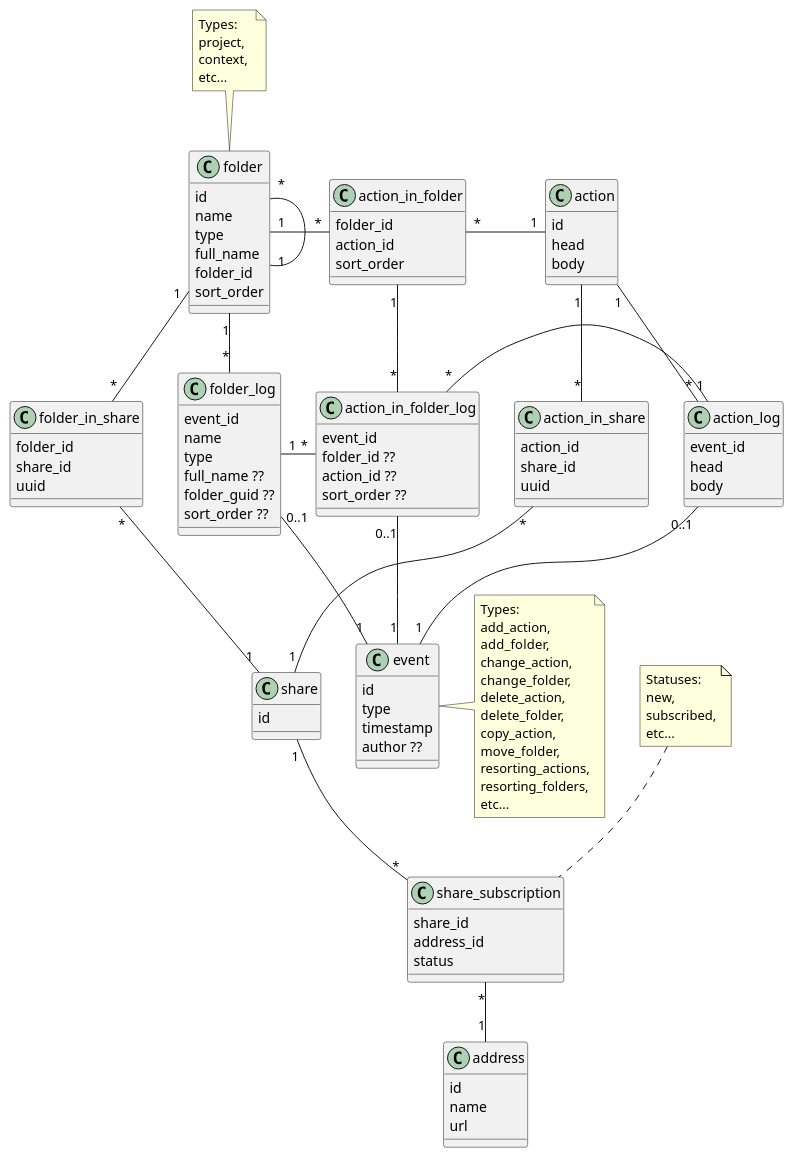
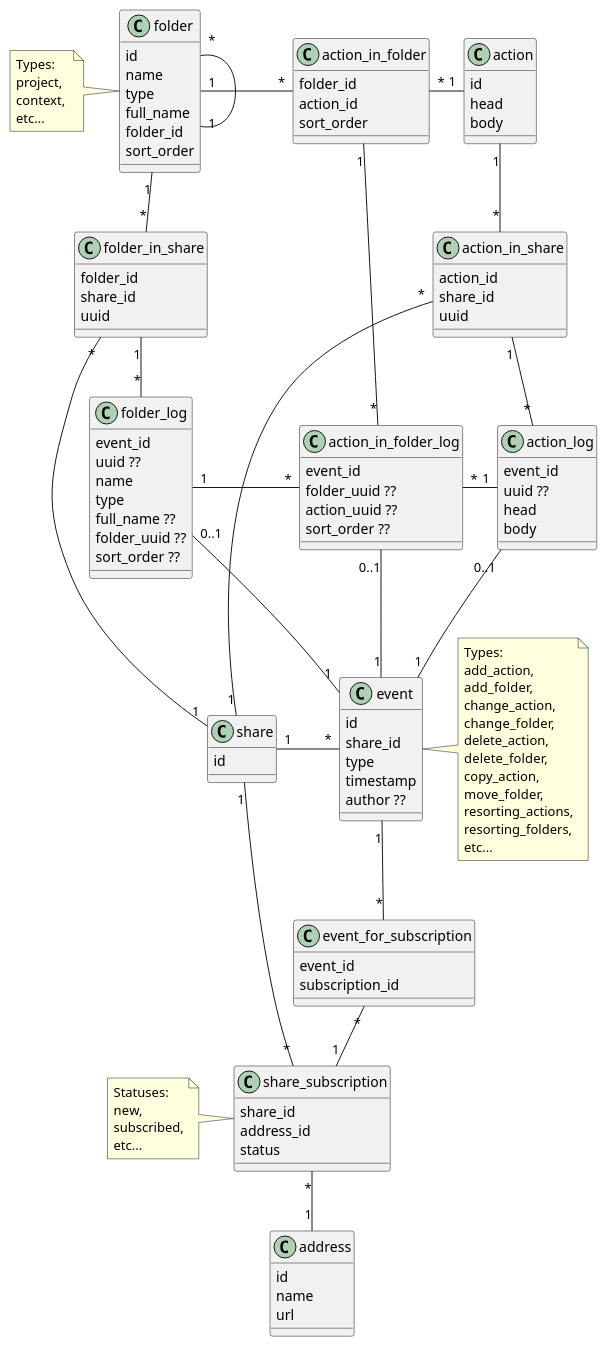
One commit to gelin/agile-notes changed the diagram in docs/data-model.iuml. Above: the diagram before and after it, drawn with PlantUML.

Commit message:
Updated model diagram.

```diff
--- a/docs/data-model.iuml
+++ b/docs/data-model.iuml
@@ -1,128 +1,141 @@
 @startuml
 
 class folder {
     id
     name
     type
     full_name
     folder_id
     sort_order
 }
-note top of folder
+note left of folder
     Types: 
     project, 
     context, 
     etc...
 end note
 
 class action {
     id
     head
     body
 }
 
 class action_in_folder {
     folder_id
     action_id
     sort_order
 }
 
 folder "1" -r- "*" action_in_folder
 action "1" -l- "*" action_in_folder
 folder "1" -l- "*" folder
 
 class share {
     id
 }
 
 class address {
     id
     name
     url
 }
 
 class share_subscription {
     share_id
     address_id
     status
 }
-note top of share_subscription
+note left of share_subscription
     Statuses:
     new,
     subscribed,
     etc...
 end note
 
-share "1" -- "*" share_subscription
-share_subscription "*" -- "1" address
+share "1" -d- "*" share_subscription
+share_subscription "*" -d- "1" address
 
 class folder_in_share {
     folder_id
     share_id
     uuid
 }
 
 class action_in_share {
     action_id
     share_id
     uuid
 }
 
 folder "1" -- "*" folder_in_share
 action "1" -- "*" action_in_share
 folder_in_share "*" -- "1" share
 action_in_share "*" -- "1" share
 
 class event {
     id
+    share_id
     type
     timestamp
     author ??
 }
 note right of event
     Types: 
     add_action, 
     add_folder, 
     change_action, 
     change_folder,
     delete_action,
     delete_folder,
     copy_action,
     move_folder,
     resorting_actions,
     resorting_folders,
     etc...
 end note
 
 class folder_log {
     event_id
+    uuid ??
     name
     type
     full_name ??
-    folder_guid ??
+    folder_uuid ??
     sort_order ??
 }
 
 class action_log {
     event_id
+    uuid ??
     head
     body
 }
 
 class action_in_folder_log {
     event_id
-    folder_id ??
-    action_id ??
+    folder_uuid ??
+    action_uuid ??
     sort_order ??
 }
 
-folder "1" -d- "*" folder_log
-action "1" -d- "*" action_log
+folder_in_share "1" -d- "*" folder_log
+action_in_share "1" -d- "*" action_log
 action_in_folder "1" -d- "*" action_in_folder_log
+folder_log "1" -r- "*" action_in_folder_log
+action_log "1" -l- "*" action_in_folder_log
+
 event "1" -u- "0..1" action_log
 event "1" -u- "0..1" folder_log
 event "1" -u- "0..1" action_in_folder_log
-folder_log "1" -r- "*" action_in_folder_log
-action_log "1" -l- "*" action_in_folder_log
+event "*" -l- "1" share
+
+class event_for_subscription {
+    event_id
+    subscription_id
+}
+
+event_for_subscription "*" -- "1" share_subscription
+event_for_subscription "*" -u- "1" event
 
 @enduml
```
